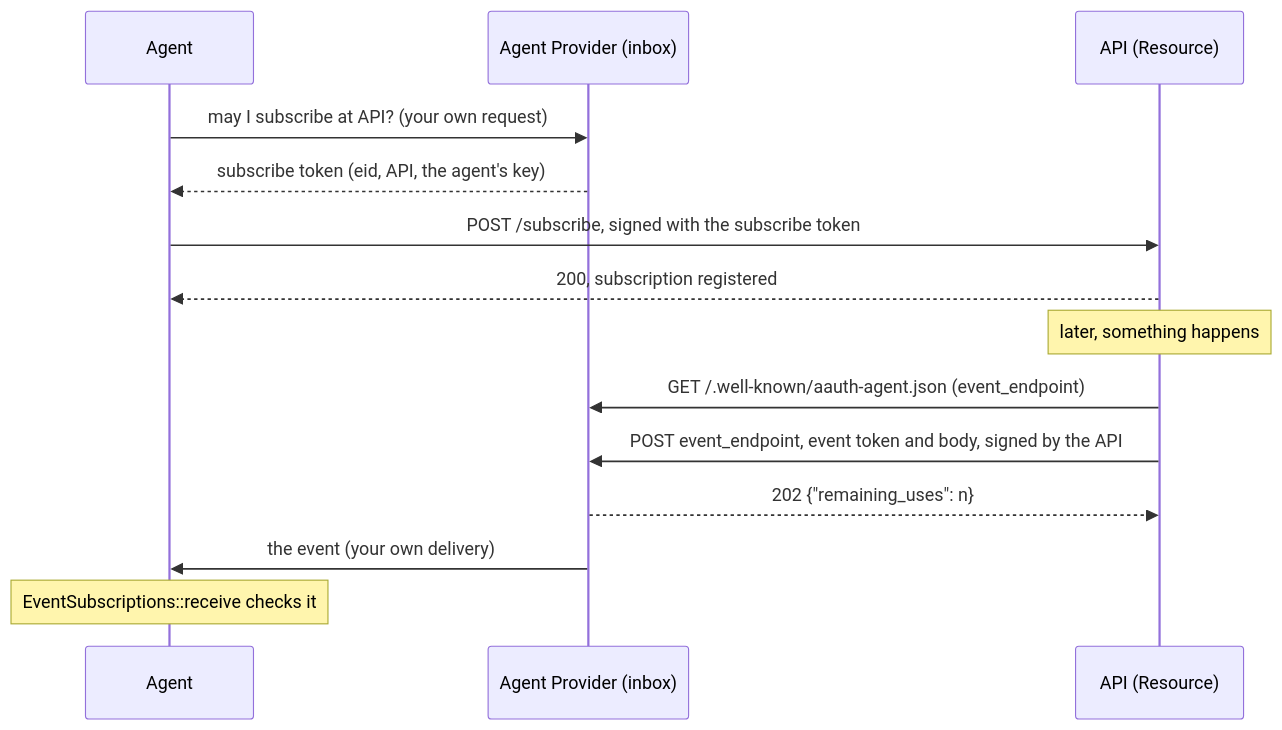
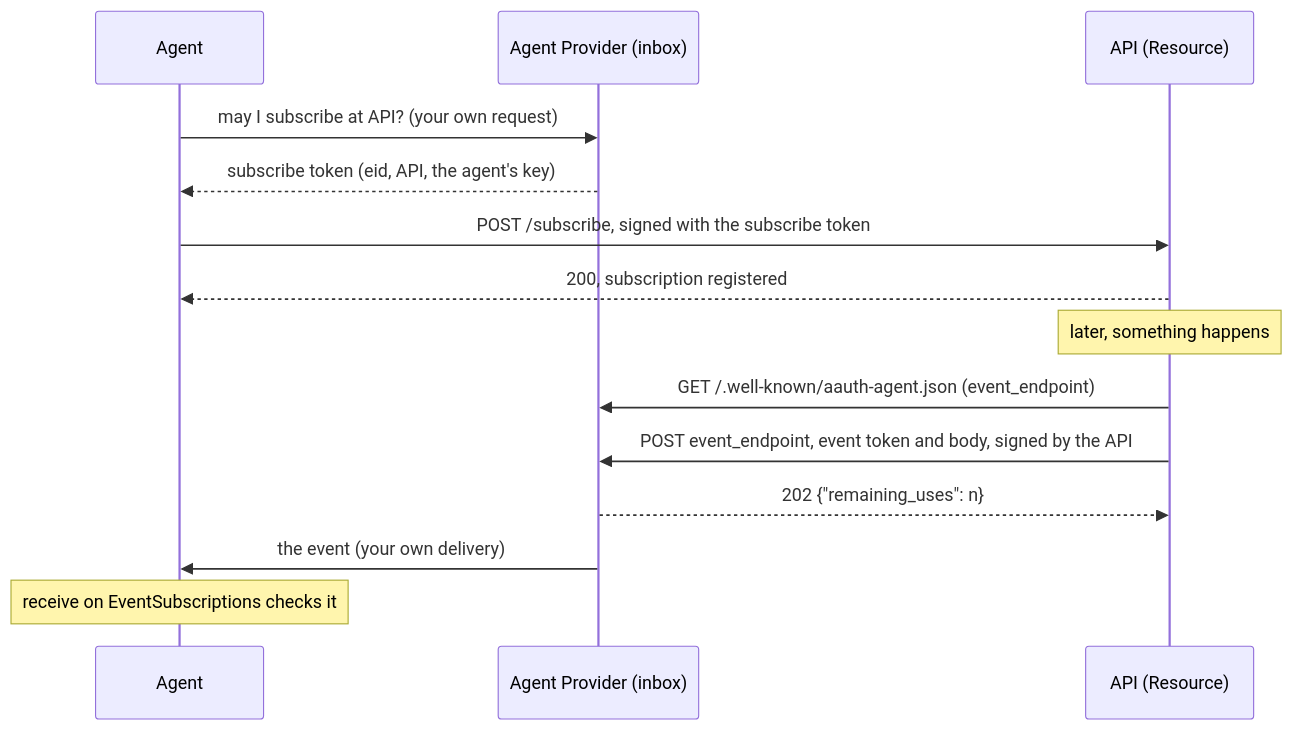
One commit to sidecat-dev/aauth-rust changed the diagram in docs/features/events.md. Above: the diagram before and after it, drawn with Mermaid. The commit also changed 14 other files, not shown here.

First line of the commit message:
docs: make every mermaid diagram render on GitLab

````diff
--- a/docs/features/events.md
+++ b/docs/features/events.md
@@ -23,16 +23,16 @@
 ```mermaid
 sequenceDiagram
     participant Agent
     participant AP as Agent Provider (inbox)
     participant API as API (Resource)
-    Agent->>AP: may I subscribe at API? (your own request)
-    AP-->>Agent: subscribe token (eid, API, the agent's key)
-    Agent->>API: POST /subscribe, signed with the subscribe token
-    API-->>Agent: 200, subscription registered
-    Note over API: later, something happens
-    API->>AP: GET /.well-known/aauth-agent.json (event_endpoint)
-    API->>AP: POST event_endpoint, event token and body, signed by the API
-    AP-->>API: 202 {"remaining_uses": n}
-    AP->>Agent: the event (your own delivery)
-    Note over Agent: EventSubscriptions::receive checks it
+    Agent->>AP : may I subscribe at API? (your own request)
+    AP-->>Agent : subscribe token (eid, API, the agent's key)
+    Agent->>API : POST /subscribe, signed with the subscribe token
+    API-->>Agent : 200, subscription registered
+    Note over API : later, something happens
+    API->>AP : GET /.well-known/aauth-agent.json (event_endpoint)
+    API->>AP : POST event_endpoint, event token and body, signed by the API
+    AP-->>API : 202 {"remaining_uses": n}
+    AP->>Agent : the event (your own delivery)
+    Note over Agent : receive on EventSubscriptions checks it
 ```
````
